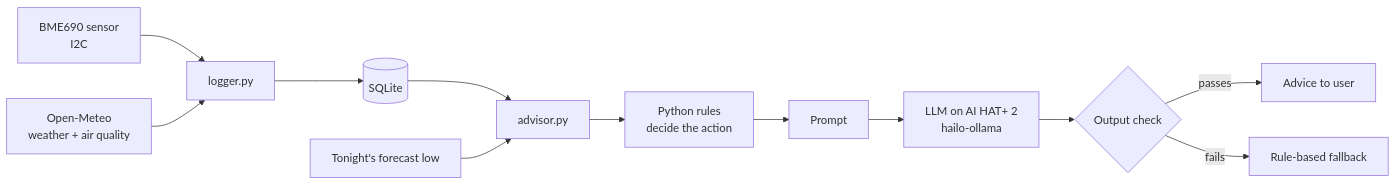
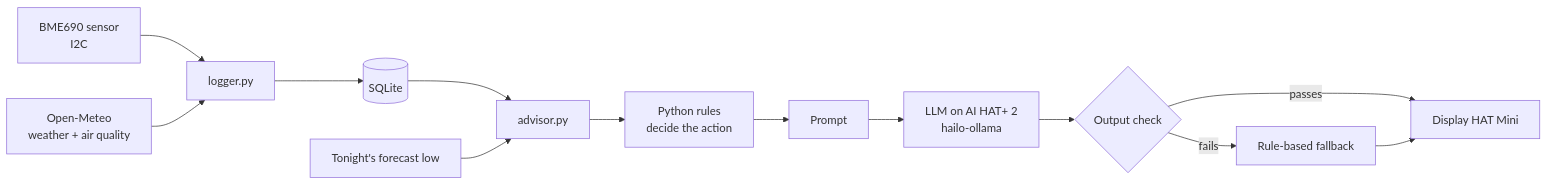
One commit to tsaferrari/edge-ai-air-advisor changed the diagram in README.md. Above: the diagram before and after it, drawn with Mermaid. The commit also changed other lines of this file and 8 other files, not shown here.

Commit message:
Add Display HAT Mini output, prompt v3 and Pi 5 setup notes

````diff
--- a/README.md
+++ b/README.md
@@ -53,14 +54,15 @@
 ```mermaid
 flowchart LR
     S[BME690 sensor<br/>I2C] --> L[logger.py]
     W[Open-Meteo<br/>weather + air quality] --> L
     L --> DB[(SQLite)]
     DB --> A[advisor.py]
     F[Tonight's forecast low] --> A
     A --> R[Python rules<br/>decide the action]
     R --> P[Prompt]
     P --> H[LLM on AI HAT+ 2<br/>hailo-ollama]
     H --> G{Output check}
-    G -->|passes| U[Advice to user]
+    G -->|passes| U[Display HAT Mini]
     G -->|fails| FB[Rule-based fallback]
+    FB --> U
 ```
````
